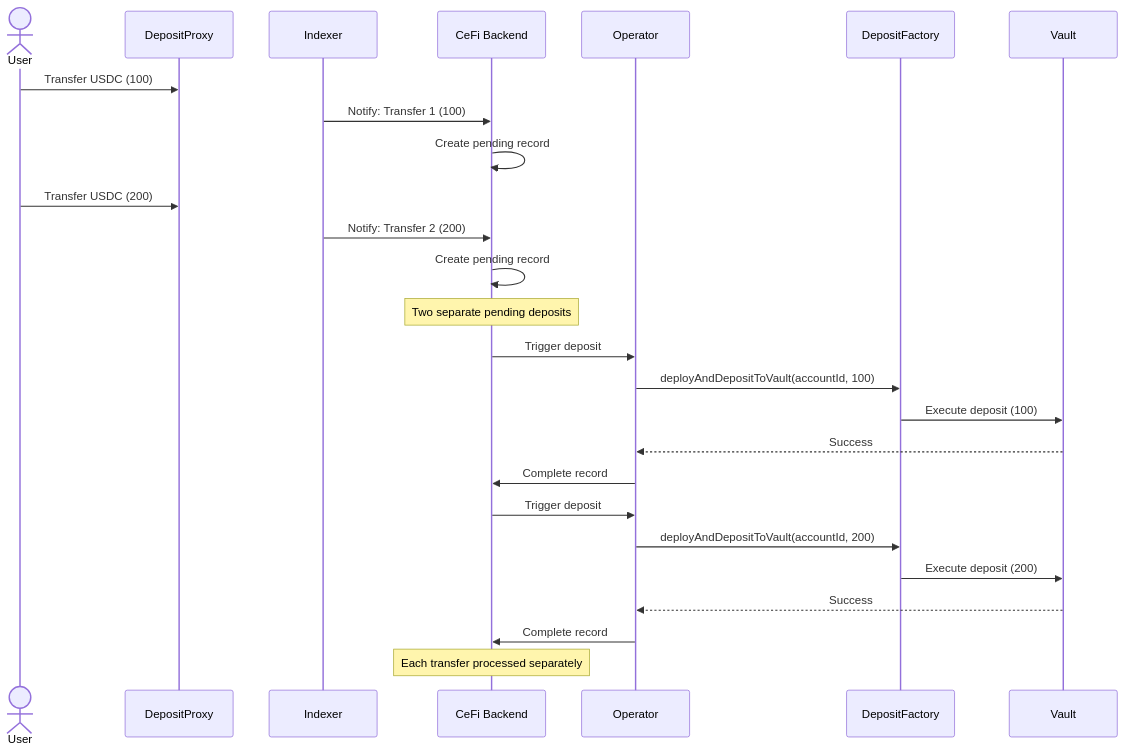
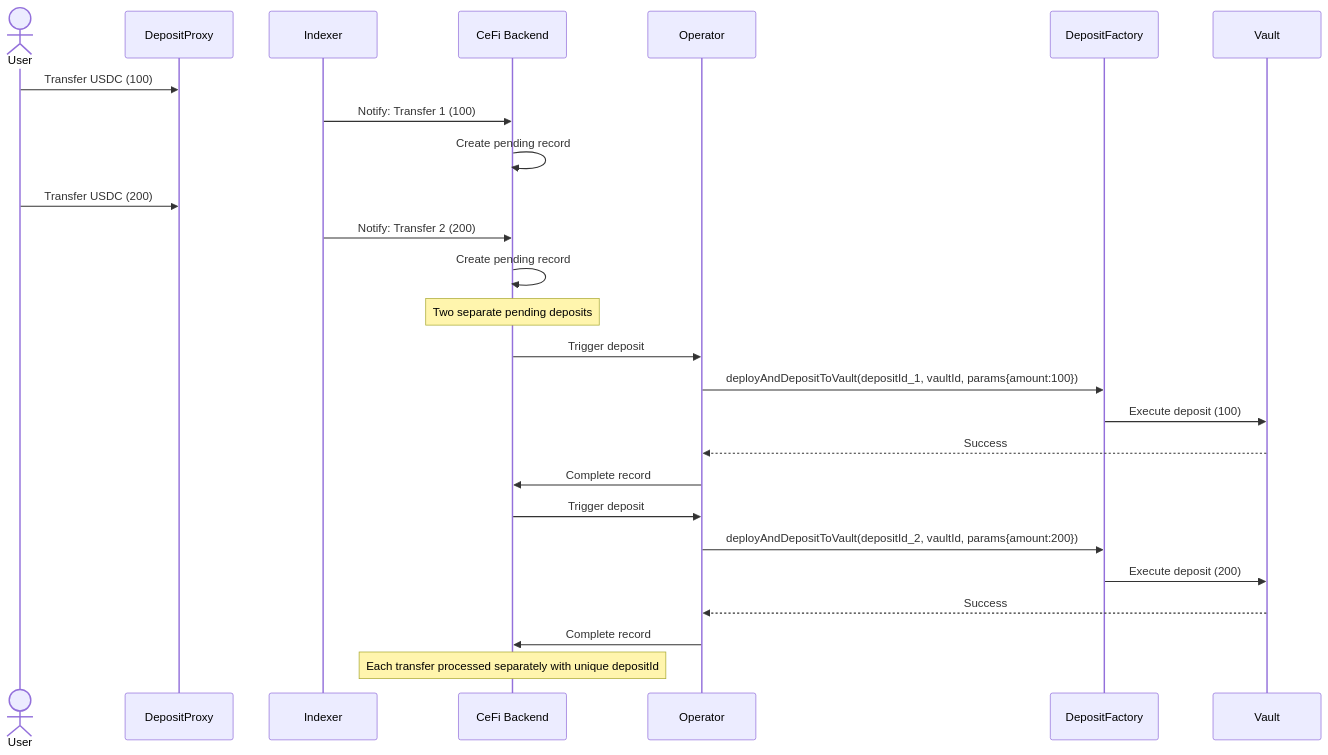
The fourth of 5 diagrams in TecDesign/deposit-via-address-transfer.md (OrderlyNetwork/Strategy-Vault), drawn with Mermaid before and after one commit. The commit also changed other lines of this file, not shown here.

````diff
--- a/TecDesign/deposit-via-address-transfer.md
+++ b/TecDesign/deposit-via-address-transfer.md
@@ -442,34 +221,34 @@
 ```mermaid
 sequenceDiagram
     actor User
     participant Proxy as DepositProxy
     participant Indexer
     participant CeFi as CeFi Backend
     participant Operator
     participant Factory as DepositFactory
     participant Vault
 
     User->>Proxy: Transfer USDC (100)
     Indexer->>CeFi: Notify: Transfer 1 (100)
-    CeFi->>CeFi: Create pending record #1
+    CeFi->>CeFi: Create pending record #1 (depositId_1)
     
     User->>Proxy: Transfer USDC (200)
     Indexer->>CeFi: Notify: Transfer 2 (200)
-    CeFi->>CeFi: Create pending record #2
+    CeFi->>CeFi: Create pending record #2 (depositId_2)
     
     Note over CeFi: Two separate pending deposits
     
     CeFi->>Operator: Trigger deposit #1 (100)
-    Operator->>Factory: deployAndDepositToVault(accountId, 100)
+    Operator->>Factory: deployAndDepositToVault(depositId_1, vaultId, params{amount:100})
     Factory->>Vault: Execute deposit (100)
     Vault-->>Operator: Success
     Operator->>CeFi: Complete record #1
     
     CeFi->>Operator: Trigger deposit #2 (200)
-    Operator->>Factory: deployAndDepositToVault(accountId, 200)
+    Operator->>Factory: deployAndDepositToVault(depositId_2, vaultId, params{amount:200})
     Factory->>Vault: Execute deposit (200)
     Vault-->>Operator: Success
     Operator->>CeFi: Complete record #2
     
-    Note over CeFi: Each transfer processed separately
+    Note over CeFi: Each transfer processed separately with unique depositId
 ```
````
